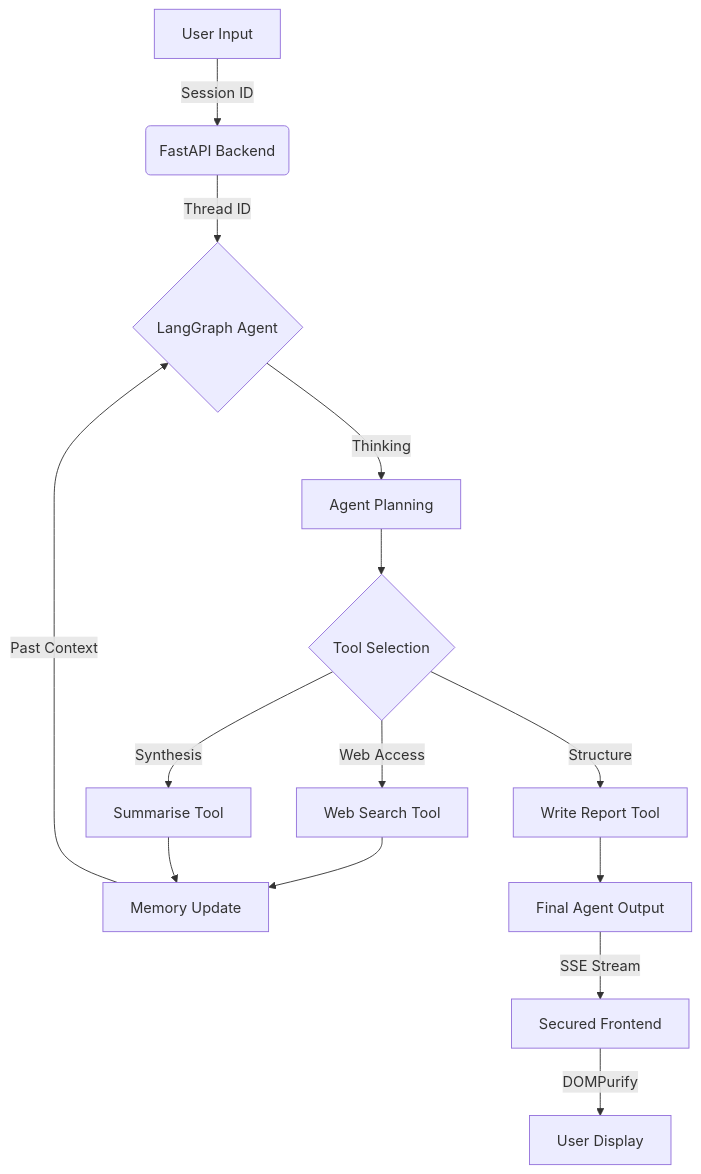
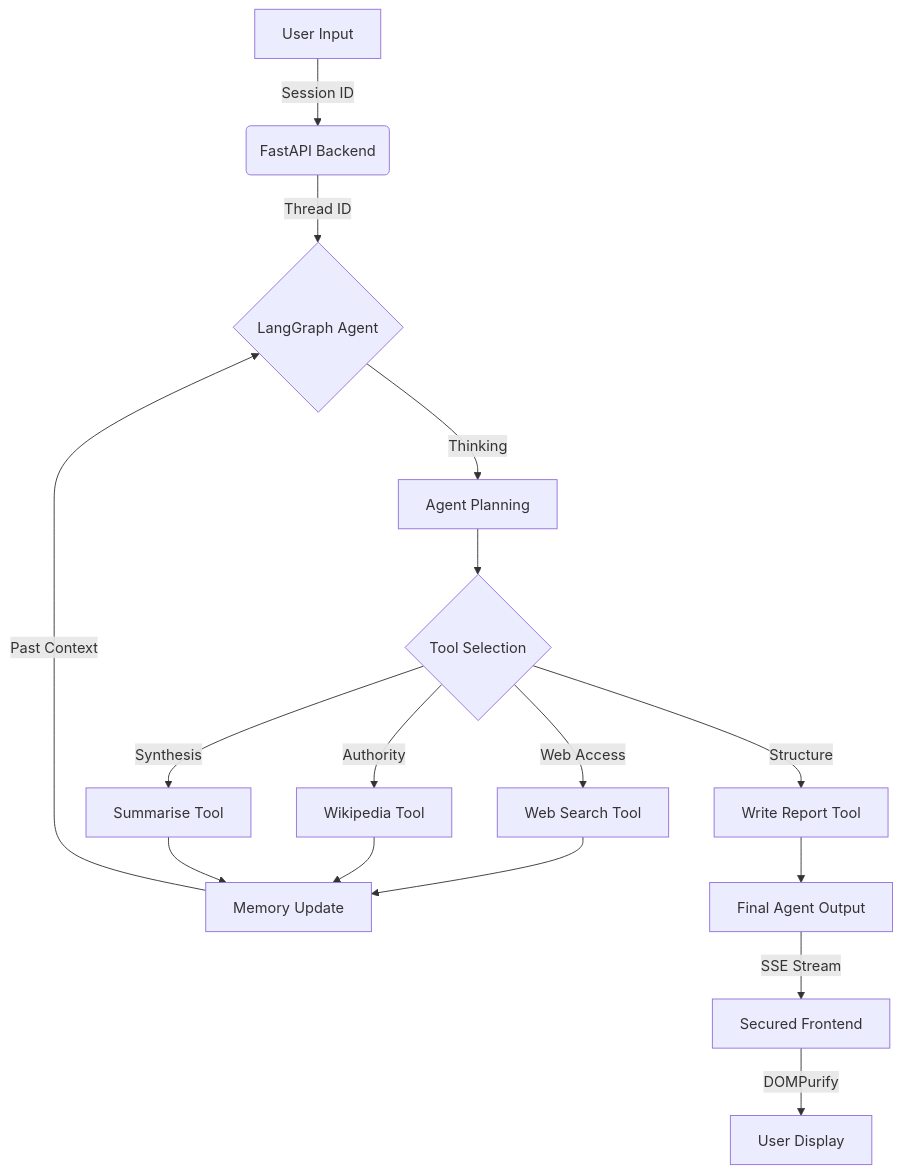
The diagram in README.md (avy2025/TaskPilotAI-), drawn with Mermaid before and after one commit. The commit also changed other lines of this file, not shown here.

````diff
--- a/README.md
+++ b/README.md
@@ -21,16 +21,18 @@
 ```mermaid
 graph TD
     A[User Input] -->|Session ID| B(FastAPI Backend)
     B -->|Thread ID| C{LangGraph Agent}
     C -->|Thinking| D[Agent Planning]
     D --> E{Tool Selection}
     E -->|Web Access| F[Web Search Tool]
-    E -->|Synthesis| G[Summarise Tool]
-    E -->|Structure| H[Write Report Tool]
-    F --> I[Memory Update]
-    G --> I
-    H --> J[Final Agent Output]
-    I -->|Past Context| C
-    J -->|SSE Stream| K[Secured Frontend]
-    K -->|DOMPurify| L[User Display]
+    E -->|Authority| G[Wikipedia Tool]
+    E -->|Synthesis| H[Summarise Tool]
+    E -->|Structure| I[Write Report Tool]
+    F --> J[Memory Update]
+    G --> J
+    H --> J
+    I --> K[Final Agent Output]
+    J -->|Past Context| C
+    K -->|SSE Stream| L[Secured Frontend]
+    L -->|DOMPurify| M[User Display]
 ```
````
